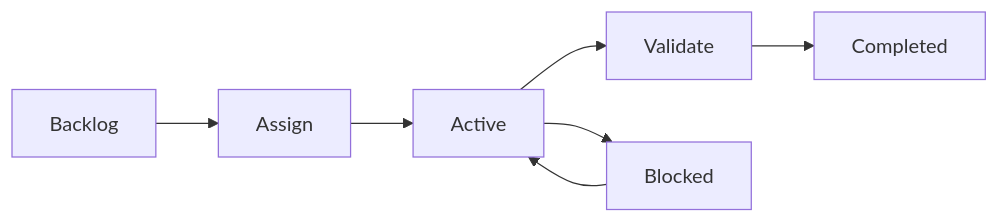
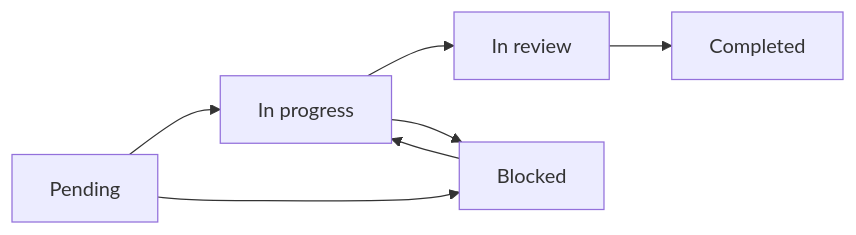
The second of 8 diagrams in docs/PROCESS-MAPS.md (antoniojesusdelgado/management-platform-demo), drawn with Mermaid before and after one commit. The commit also changed other lines of this file and 51 other files, not shown here.

````diff
--- a/docs/PROCESS-MAPS.md
+++ b/docs/PROCESS-MAPS.md
@@ -20,5 +20,6 @@
 ```mermaid
 flowchart LR
-  Backlog --> Assign --> Active --> Validate --> Completed
-  Active --> Blocked --> Active
+  Pending --> InProgress["In progress"] --> InReview["In review"] --> Completed
+  Pending --> Blocked --> InProgress
+  InProgress --> Blocked
 ```
````
